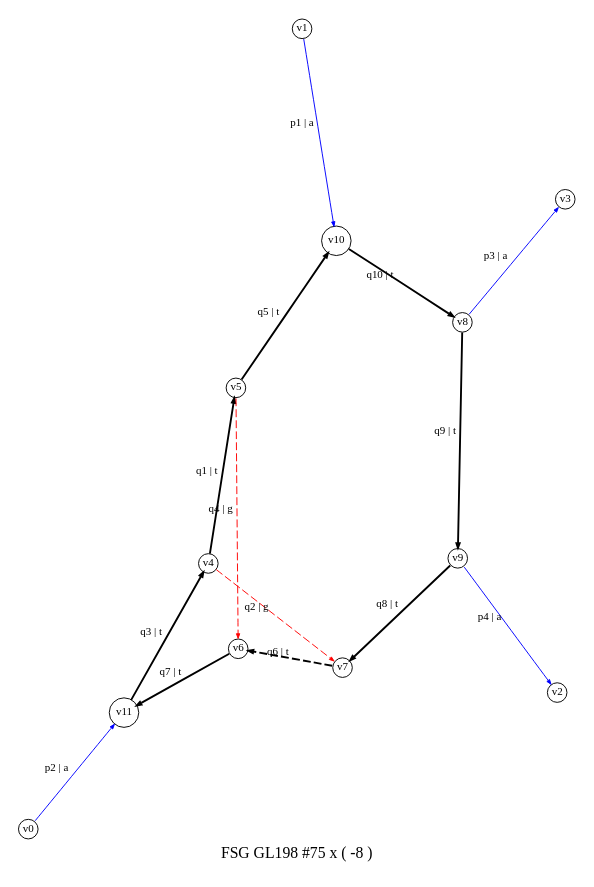
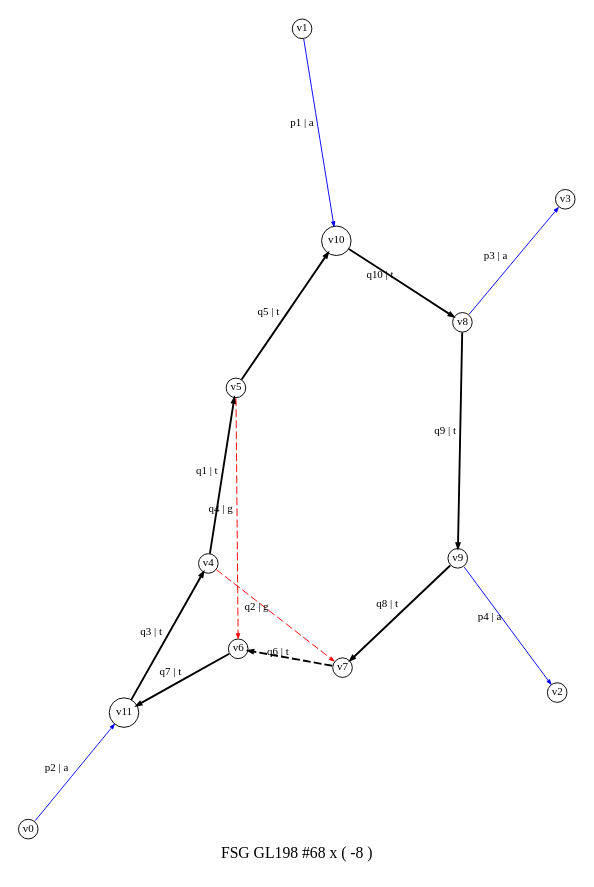
One commit to alphal00p/alphaLoopMisc changed the diagram in aa_ttx/SupplementaryMaterial/drawings/GL198.dot. Above: the diagram before and after it, drawn with Graphviz. The commit also changed 139 other files, not shown here.

```diff
--- a/aa_ttx/SupplementaryMaterial/drawings/GL198.dot
+++ b/aa_ttx/SupplementaryMaterial/drawings/GL198.dot
@@ -1,25 +1,25 @@
 digraph dot_75_0_GL198 {
-label="FSG GL198 #75 x ( -8 )";
+label="FSG GL198 #68 x ( -8 )";
 noverlap="scale"; layout="neato";
 graph [ 
 overall_factor="NumeratorDependentGrouping(198,1,AntiFermionSpinSumSign(1)*AutG(1)^-1*ExternalFermionOrderingSign(1)*InternalFermionLoopSign(-1)*NumeratorIndependentSymmetryGrouping(4))+NumeratorDependentGrouping(199,1,AntiFermionSpinSumSign(1)*AutG(1)^-1*ExternalFermionOrderingSign(1)*InternalFermionLoopSign(-1)*NumeratorIndependentSymmetryGrouping(4))",
 overall_factor_evaluated="-8",
 fontsize=10,ratio=1.5
  ];
 node [ fontsize=7,shape=circle,margin=0,height=0.01,penwidth=0.6 ];
 edge [ fontsize=7,arrowsize=0.3,penwidth=0.6 ];
 "v1" -> "v10" [label="p1 | a",color="blue",penwidth="0.6",style="solid"];
 "v0" -> "v11" [label="p2 | a",color="blue",penwidth="0.6",style="solid"];
 "v8" -> "v3" [label="p3 | a",color="blue",penwidth="0.6",style="solid"];
 "v9" -> "v2" [label="p4 | a",color="blue",penwidth="0.6",style="solid"];
 "v4" -> "v5" [label="q1 | t",color="black",penwidth="1.2",style="solid"];
 "v4" -> "v7" [label="q2 | g",color="red",penwidth="0.6",style="dashed"];
 "v11" -> "v4" [label="q3 | t",color="black",penwidth="1.2",style="solid"];
 "v5" -> "v6" [label="q4 | g",color="red",penwidth="0.6",style="dashed"];
 "v5" -> "v10" [label="q5 | t",color="black",penwidth="1.2",style="solid"];
 "v7" -> "v6" [label="q6 | t",color="black",penwidth="1.2",style="dashed"];
 "v6" -> "v11" [label="q7 | t",color="black",penwidth="1.2",style="solid"];
 "v9" -> "v7" [label="q8 | t",color="black",penwidth="1.2",style="solid"];
 "v8" -> "v9" [label="q9 | t",color="black",penwidth="1.2",style="solid"];
 "v10" -> "v8" [label="q10 | t",color="black",penwidth="1.2",style="solid"];
 }
```
